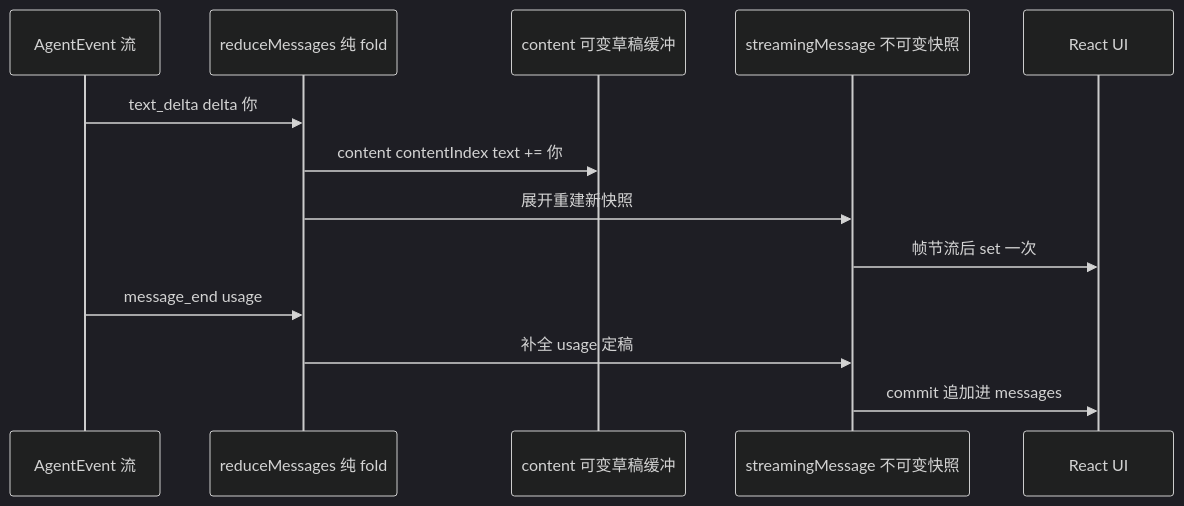
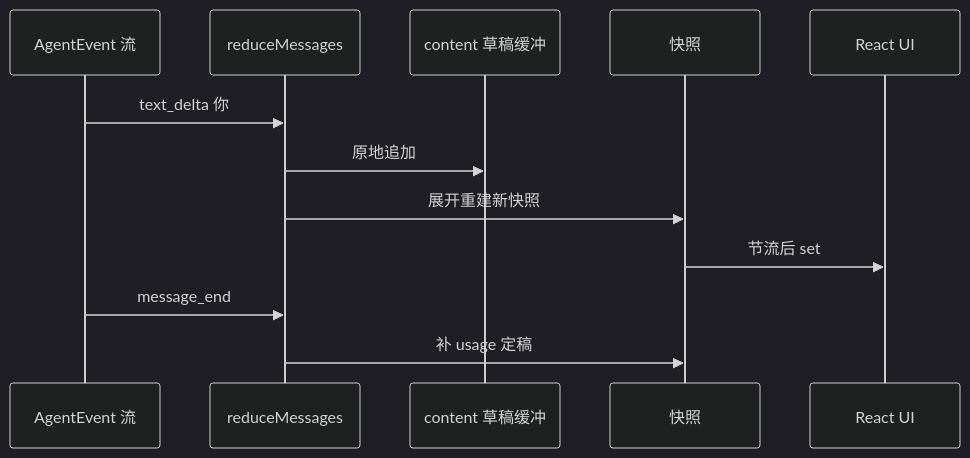
The fourth of 6 diagrams in book/06-llm-space.md (diguike/book-source-reading), drawn with Mermaid (dark theme) before and after one commit. The commit also changed other lines of this file and 10 other files, not shown here.

````diff
--- a/book/06-llm-space.md
+++ b/book/06-llm-space.md
@@ -557,15 +489,14 @@
 ```mermaid
 sequenceDiagram
     participant S as AgentEvent 流
-    participant R as reduceMessages 纯 fold
-    participant B as content 可变草稿缓冲
-    participant M as streamingMessage 不可变快照
+    participant R as reduceMessages
+    participant B as content 草稿缓冲
+    participant M as 快照
     participant U as React UI
-    S->>R: text_delta delta 你
-    R->>B: content contentIndex text += 你
+    S->>R: text_delta 你
+    R->>B: 原地追加
     R->>M: 展开重建新快照
-    M->>U: 帧节流后 set 一次
-    S->>R: message_end usage
-    R->>M: 补全 usage 定稿
-    M->>U: commit 追加进 messages
+    M->>U: 节流后 set
+    S->>R: message_end
+    R->>M: 补 usage 定稿
 ```
````
